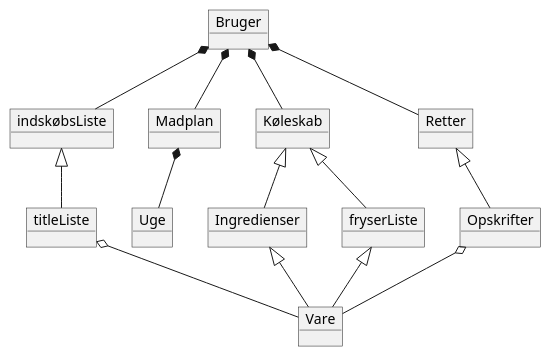
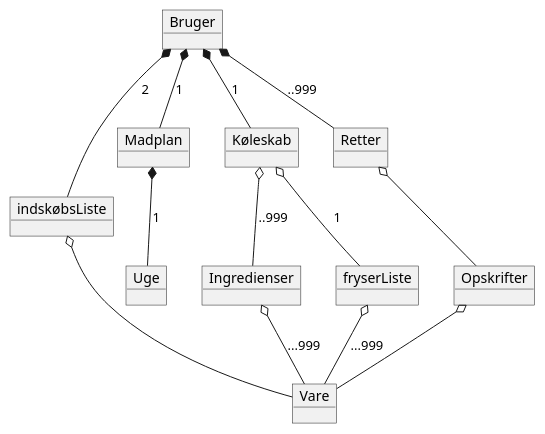
The diagram in ICE indkoebsListe/Doc/Static/DomæneModel.puml (mrPrimeBeef/1.-Sem-ICE), drawn with PlantUML before and after one commit. The commit also changed 2 other files, not shown here.

Commit message:
opdatering af Domæne model og klassdiagram v1

```diff
--- a/ICE indkoebsListe/Doc/Static/DomæneModel.puml
+++ b/ICE indkoebsListe/Doc/Static/DomæneModel.puml
@@ -1,48 +1,47 @@
 @startuml
 'https://plantuml.com/object-diagram
 
 object Bruger
 object indskøbsListe
 object Madplan
 object Køleskab
-object titleListe
 object Uge
 object Retter
 object Vare
 object Ingredienser
 object fryserListe
 object Opskrifter
 
 
 
 
-Bruger *-- indskøbsListe
-Bruger *-- Madplan
-Bruger *-- Køleskab
-Bruger *-- Retter
+Bruger *-- indskøbsListe :2
+Bruger *-- Madplan: 1
+Bruger *-- Køleskab: 1
+Bruger *-- Retter: ..999
 
-indskøbsListe <|-- titleListe
-titleListe o-- Vare
 
-Madplan *-- Uge
+indskøbsListe o-- Vare
 
-Køleskab <|-- Ingredienser
-Køleskab <|-- fryserListe
-fryserListe <|-- Vare
-Ingredienser <|-- Vare
+Madplan *-- Uge: 1
 
-Retter <|-- Opskrifter
+Køleskab o-- Ingredienser: ..999
+Køleskab o-- fryserListe: 1
+fryserListe o-- Vare: ...999
+Ingredienser o-- Vare: ...999
+
+Retter o-- Opskrifter
 Opskrifter o-- Vare
 
 
 
 
 
 
 
 
 
 
 
 
 @enduml
```
